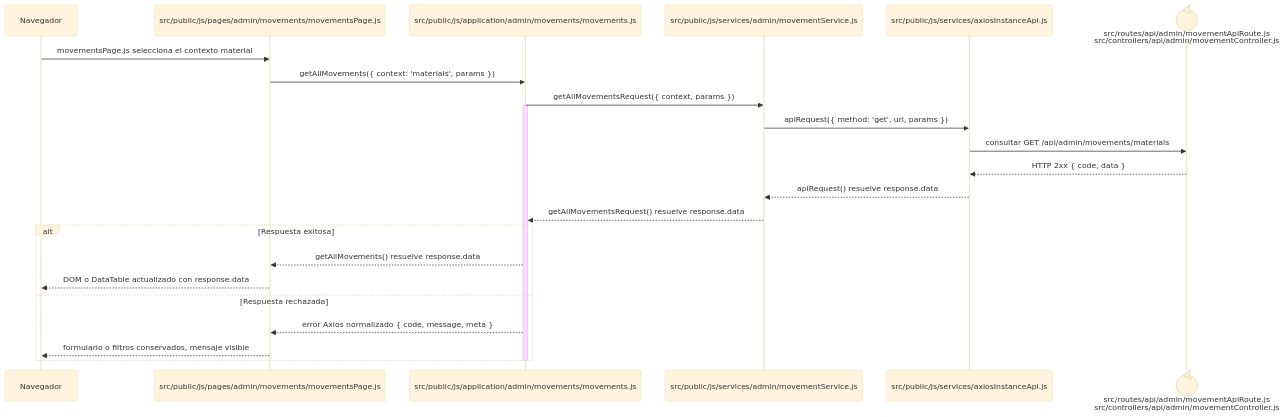
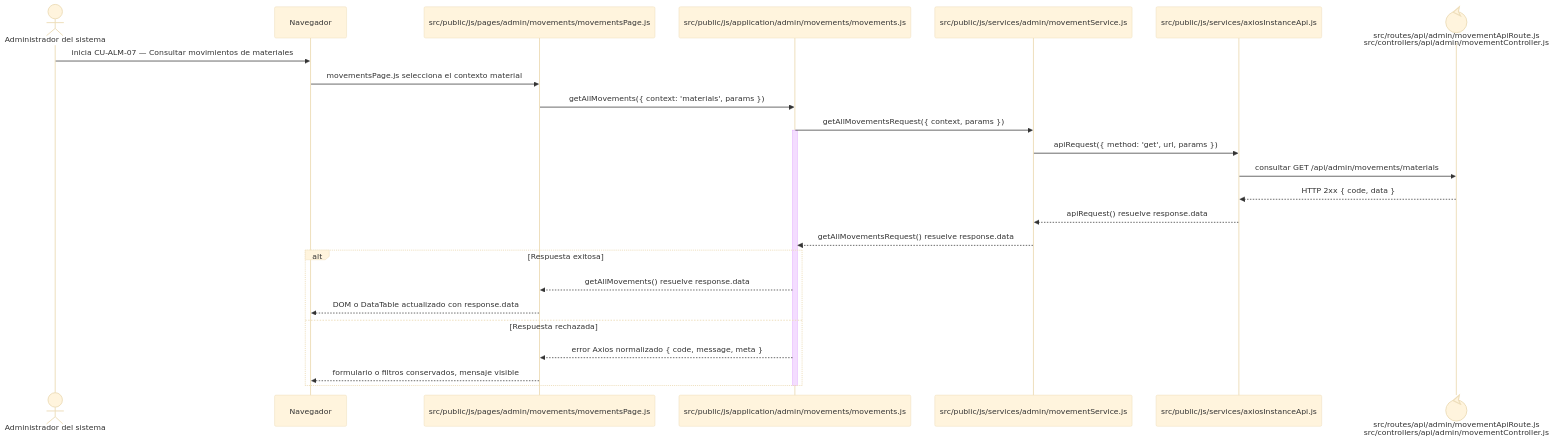
One commit to gpgsistemas01/nexus changed the diagram in docs/architecture/frontend-code-sequences/catalogs/cu-alm-07.md. Above: the diagram before and after it, drawn with Mermaid (base theme). The commit also changed 105 other files, not shown here.

````diff
--- a/docs/architecture/frontend-code-sequences/catalogs/cu-alm-07.md
+++ b/docs/architecture/frontend-code-sequences/catalogs/cu-alm-07.md
@@ -6,27 +6,29 @@
 ```mermaid
 sequenceDiagram
+    actor Initiator as Administrador del sistema
     participant Browser as Navegador
     participant View as src/public/js/pages/admin/movements/movementsPage.js
     participant Application as src/public/js/application/admin/movements/movements.js
     participant Request as src/public/js/services/admin/movementService.js
     participant HTTP as src/public/js/services/axiosInstanceApi.js
     participant Transport@{ "type": "control" } as src/routes/api/admin/movementApiRoute.js<br/>src/controllers/api/admin/movementController.js
 
+    Initiator->>Browser: inicia CU-ALM-07 — Consultar movimientos de materiales
     Browser->>View: movementsPage.js selecciona el contexto material
     View->>Application: getAllMovements({ context: 'materials', params })
     Application->>Request: getAllMovementsRequest({ context, params })
     activate Application
     Request->>HTTP: apiRequest({ method: 'get', url, params })
     HTTP->>Transport: consultar GET /api/admin/movements/materials
     Transport-->>HTTP: HTTP 2xx { code, data }
     HTTP-->>Request: apiRequest() resuelve response.data
     Request-->>Application: getAllMovementsRequest() resuelve response.data
     alt Respuesta exitosa
         Application-->>View: getAllMovements() resuelve response.data
         View-->>Browser: DOM o DataTable actualizado con response.data
     else Respuesta rechazada
         Application-->>View: error Axios normalizado { code, message, meta }
         View-->>Browser: formulario o filtros conservados, mensaje visible
     end
     deactivate Application
 ```
````
